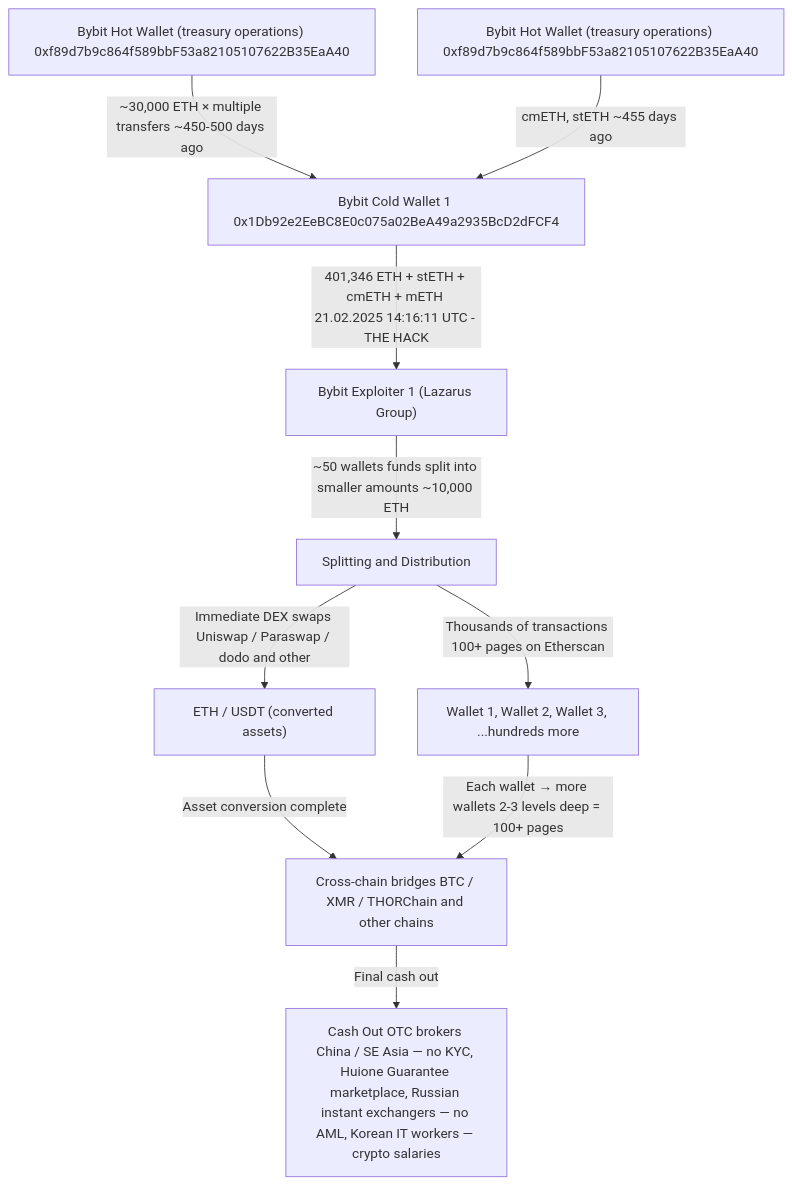
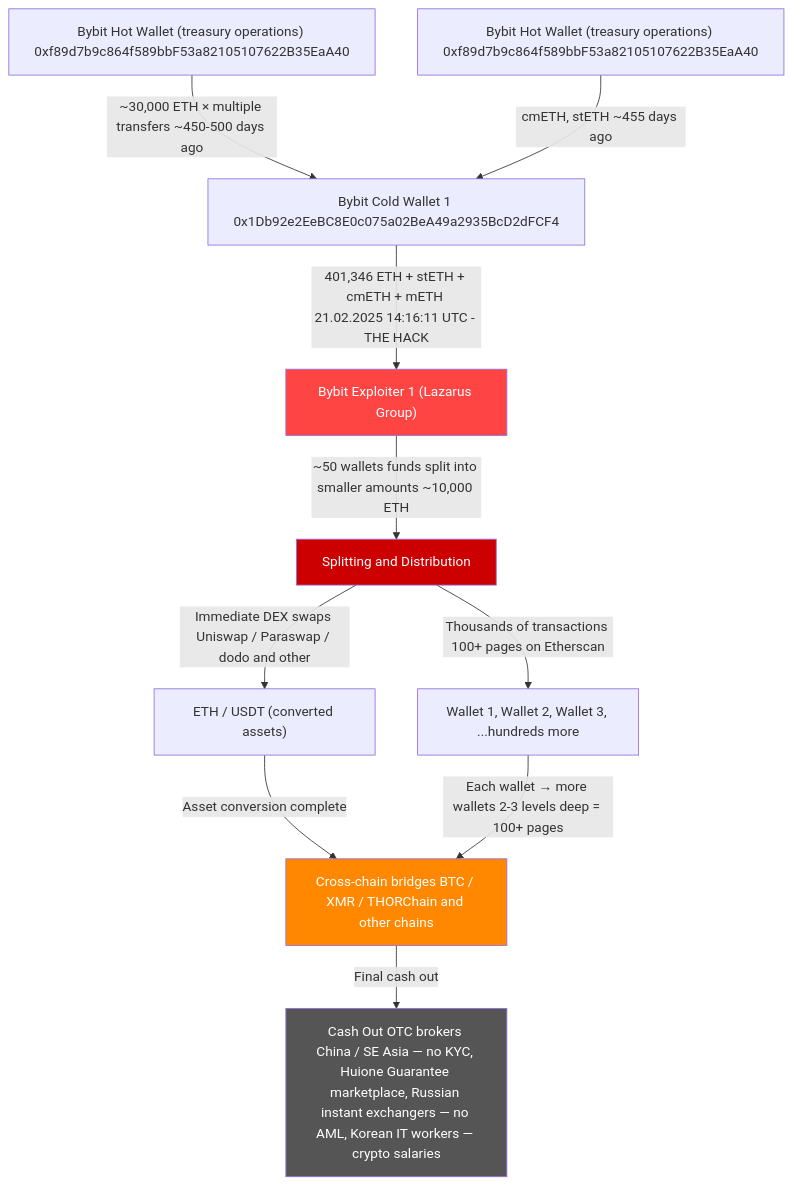
The diagram in case-1-bybit-hack/README.md (KotsykAndrey/aml-blockchain-portfolio), drawn with Mermaid before and after one commit.

Commit message:
case 1, mermaid fill colors, Update README.md

````diff
--- a/case-1-bybit-hack/README.md
+++ b/case-1-bybit-hack/README.md
@@ -203,12 +203,16 @@
 ```mermaid
 flowchart TD
     A["Bybit Hot Wallet (treasury operations) 0xf89d7b9c864f589bbF53a82105107622B35EaA40"] -->|"~30,000 ETH × multiple transfers ~450-500 days ago"| B["Bybit Cold Wallet 1 0x1Db92e2EeBC8E0c075a02BeA49a2935BcD2dFCF4"]
     C["Bybit Hot Wallet (treasury operations) 0xf89d7b9c864f589bbF53a82105107622B35EaA40"] -->|"cmETH, stETH ~455 days ago"| B
     B -->|"401,346 ETH + stETH + cmETH + mETH 21.02.2025 14:16:11 UTC - THE HACK"| D["Bybit Exploiter 1 (Lazarus Group)"]
     D -->|"~50 wallets funds split into smaller amounts ~10,000 ETH"| S["Splitting and Distribution"]
     S -->|"Immediate DEX swaps Uniswap / Paraswap / dodo and other"| E["ETH / USDT (converted assets)"]
     S -->|"Thousands of transactions 100+ pages on Etherscan"| F["Wallet 1, Wallet 2, Wallet 3, ...hundreds more"]
     E -->|"Asset conversion complete"| G["Cross-chain bridges BTC / XMR / THORChain and other chains"]
     F -->|"Each wallet → more wallets 2-3 levels deep = 100+ pages"| G
     G -->|"Final cash out"| H["Cash Out OTC brokers China / SE Asia — no KYC, Huione Guarantee marketplace, Russian instant exchangers — no AML, Korean IT workers — crypto salaries"]
+    style D fill:#ff4444,color:#fff
+    style G fill:#ff8800,color:#fff
+    style S fill:#cc0000,color:#fff
+    style H fill:#555555,color:#fff
 ```
````
